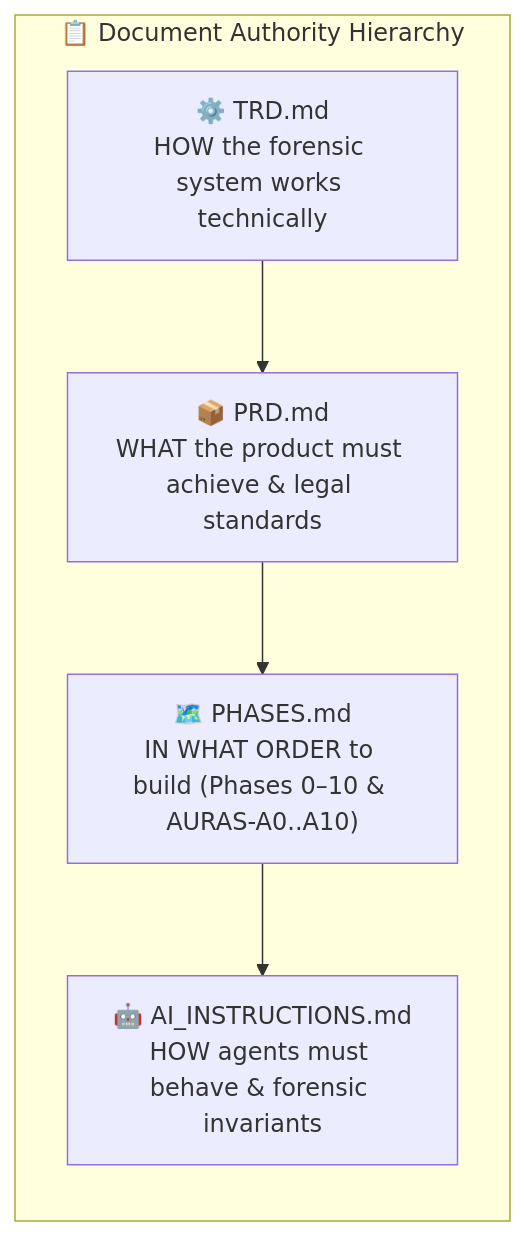
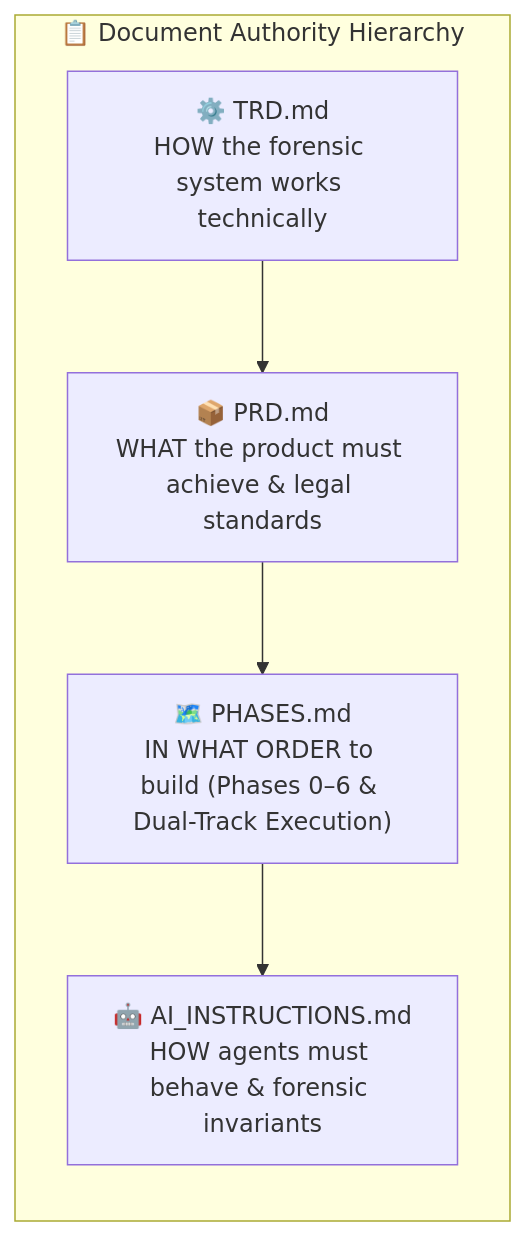
The first of 3 diagrams in AI_INSTRUCTIONS.md (Subhadip-Paul2006/BHack-Docs), drawn with Mermaid before and after one commit. The commit also changed other lines of this file, not shown here.

````diff
--- a/AI_INSTRUCTIONS.md
+++ b/AI_INSTRUCTIONS.md
@@ -15,11 +88,11 @@
 ```mermaid
 flowchart TD
     subgraph AUTH["📋 Document Authority Hierarchy"]
         direction TB
         T["⚙️ TRD.md<br/>HOW the forensic system works technically"]
         P["📦 PRD.md<br/>WHAT the product must achieve & legal standards"]
-        PH["🗺️ PHASES.md<br/>IN WHAT ORDER to build (Phases 0–10 & AURAS-A0..A10)"]
+        PH["🗺️ PHASES.md<br/>IN WHAT ORDER to build (Phases 0–6 & Dual-Track Execution)"]
         AI["🤖 AI_INSTRUCTIONS.md<br/>HOW agents must behave & forensic invariants"]
     end
     T --> P --> PH --> AI
 ```
````
